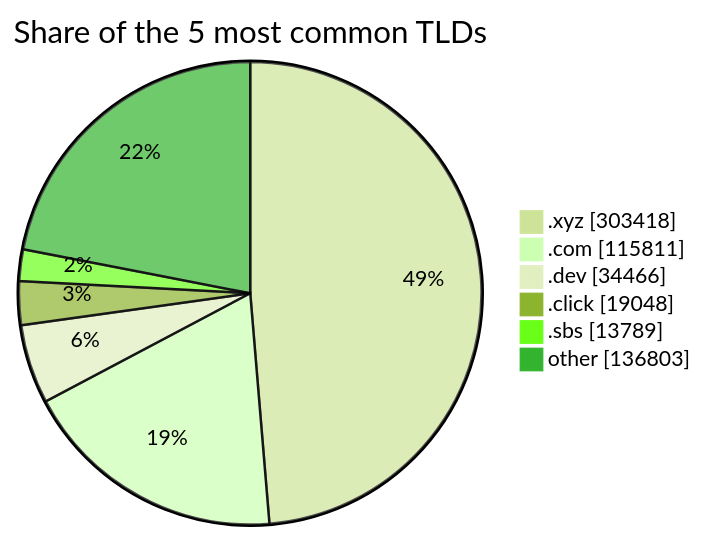
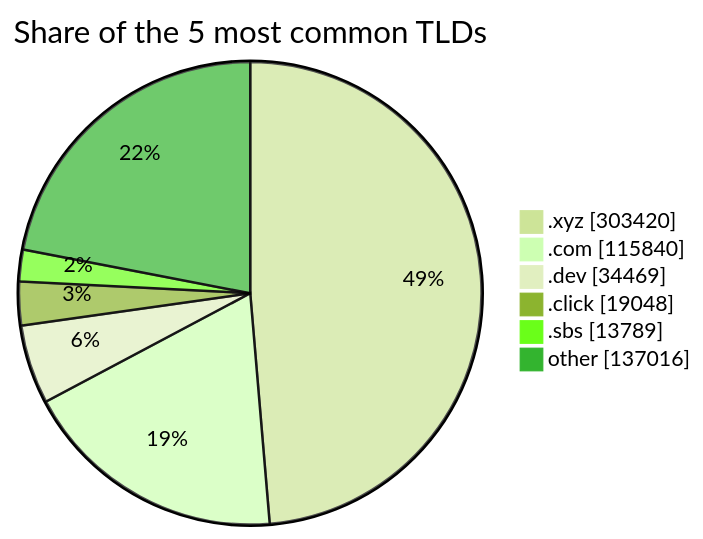
One commit to DNSBunker/CTI changed the third of 3 diagrams in README.md. Above: the diagram before and after it, drawn with Mermaid (forest theme). The commit also changed other lines of this file and 3 other files, not shown here.

````diff
--- a/README.md
+++ b/README.md
@@ -81,9 +81,9 @@
 ```mermaid
 pie showData title Share of the 5 most common TLDs
-    ".xyz" : 303418
-    ".com" : 115811
-    ".dev" : 34466
+    ".xyz" : 303420
+    ".com" : 115840
+    ".dev" : 34469
     ".click" : 19048
     ".sbs" : 13789
-    "other" : 136803
+    "other" : 137016
 ```
````
